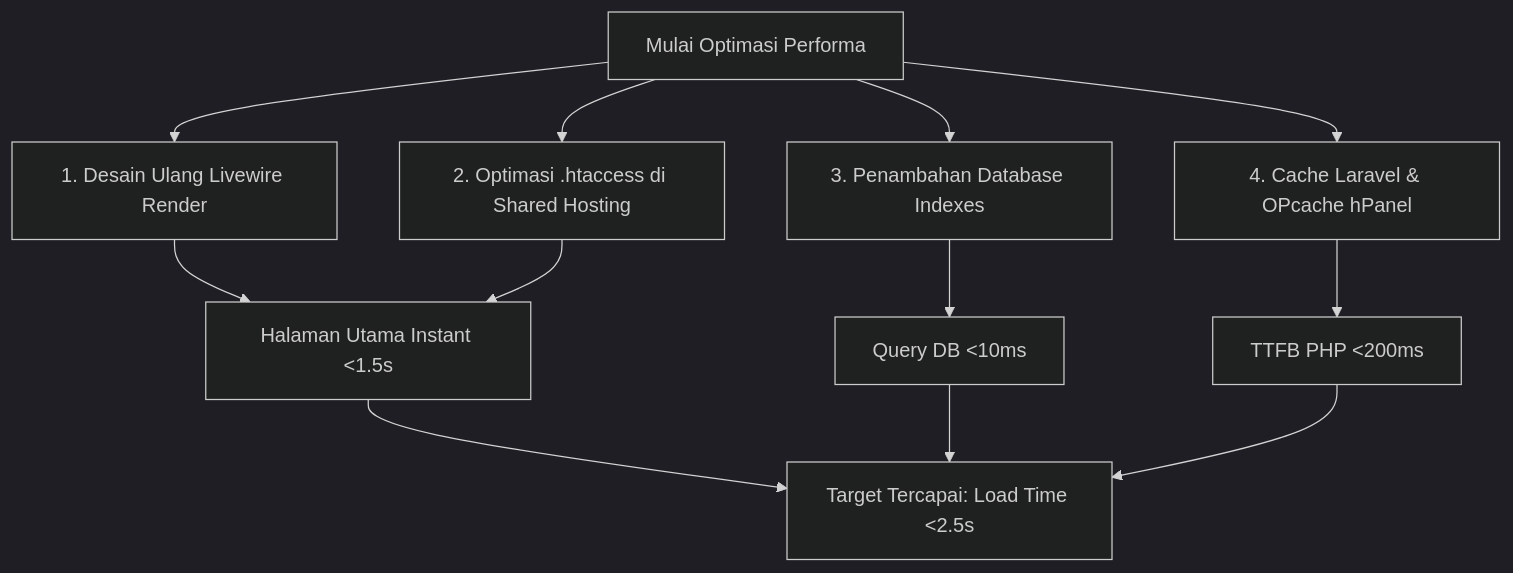
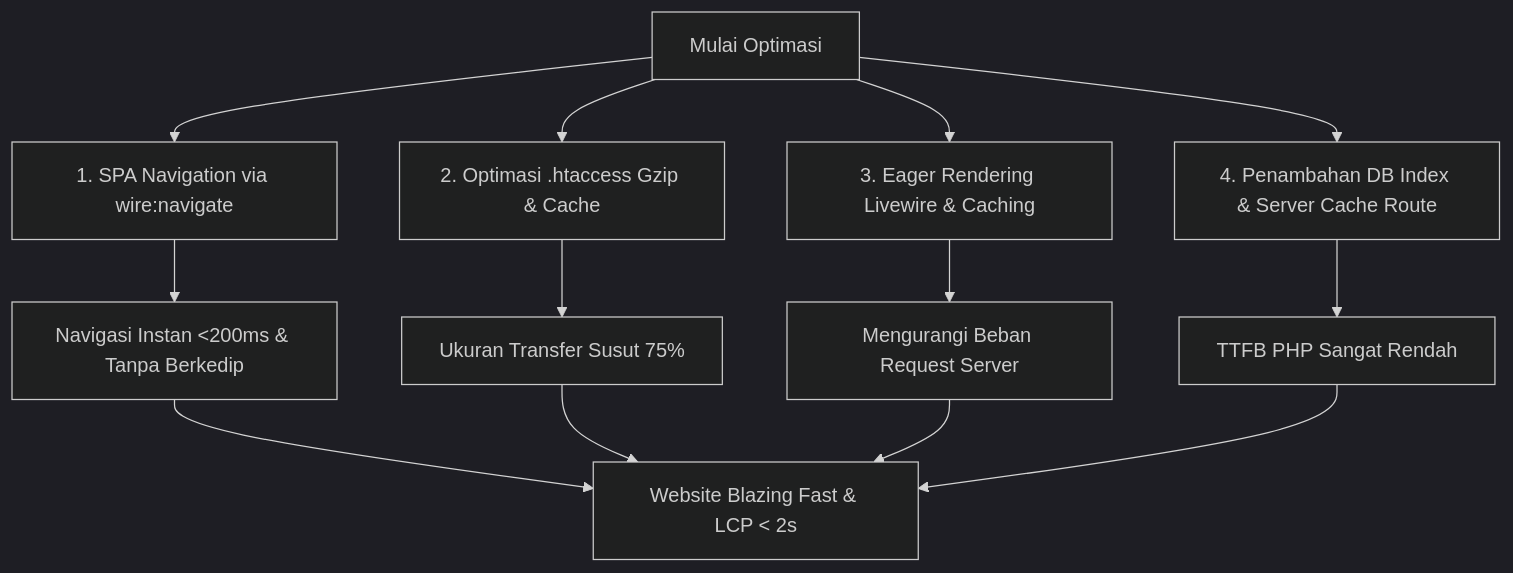
Before and after one commit to mbkmxtokabeid-coder/ibekami: the diagram in implementation_plan.md, drawn with Mermaid (dark theme). The commit also changed other lines of this file and 4 other files, not shown here.

````diff
--- a/implementation_plan.md
+++ b/implementation_plan.md
@@ -23,16 +21,14 @@
 ```mermaid
 graph TD
-    A[Mulai Optimasi Performa] --> B[1. Desain Ulang Livewire Render]
-    A --> C[2. Optimasi .htaccess di Shared Hosting]
-    A --> D[3. Penambahan Database Indexes]
-    A --> E[4. Cache Laravel & OPcache hPanel]
+    A[Mulai Optimasi] --> B[1. SPA Navigation via wire:navigate]
+    A --> C[2. Optimasi .htaccess Gzip & Cache]
+    A --> D[3. Eager Rendering Livewire & Caching]
+    A --> E[4. Penambahan DB Index & Server Cache Route]
     
-    B --> F[Halaman Utama Instant <1.5s]
-    C --> F
-    D --> G[Query DB <10ms]
-    E --> H[TTFB PHP <200ms]
+    B --> F[Navigasi Instan <200ms & Tanpa Berkedip]
+    C --> G[Ukuran Transfer Susut 75%]
+    D --> H[Mengurangi Beban Request Server]
+    E --> I[TTFB PHP Sangat Rendah]
     
-    F --> I[Target Tercapai: Load Time <2.5s]
-    G --> I
-    H --> I
+    F & G & H & I --> J[Website Blazing Fast & LCP < 2s]
 ```
````
